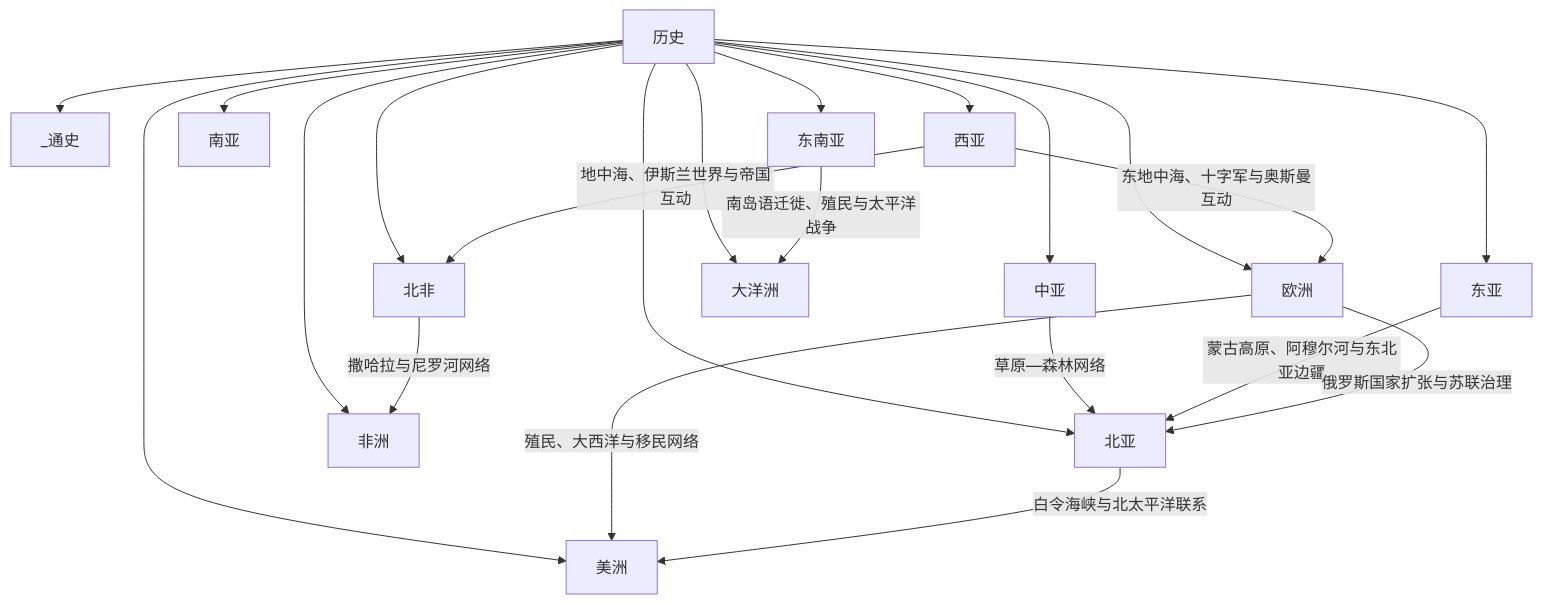
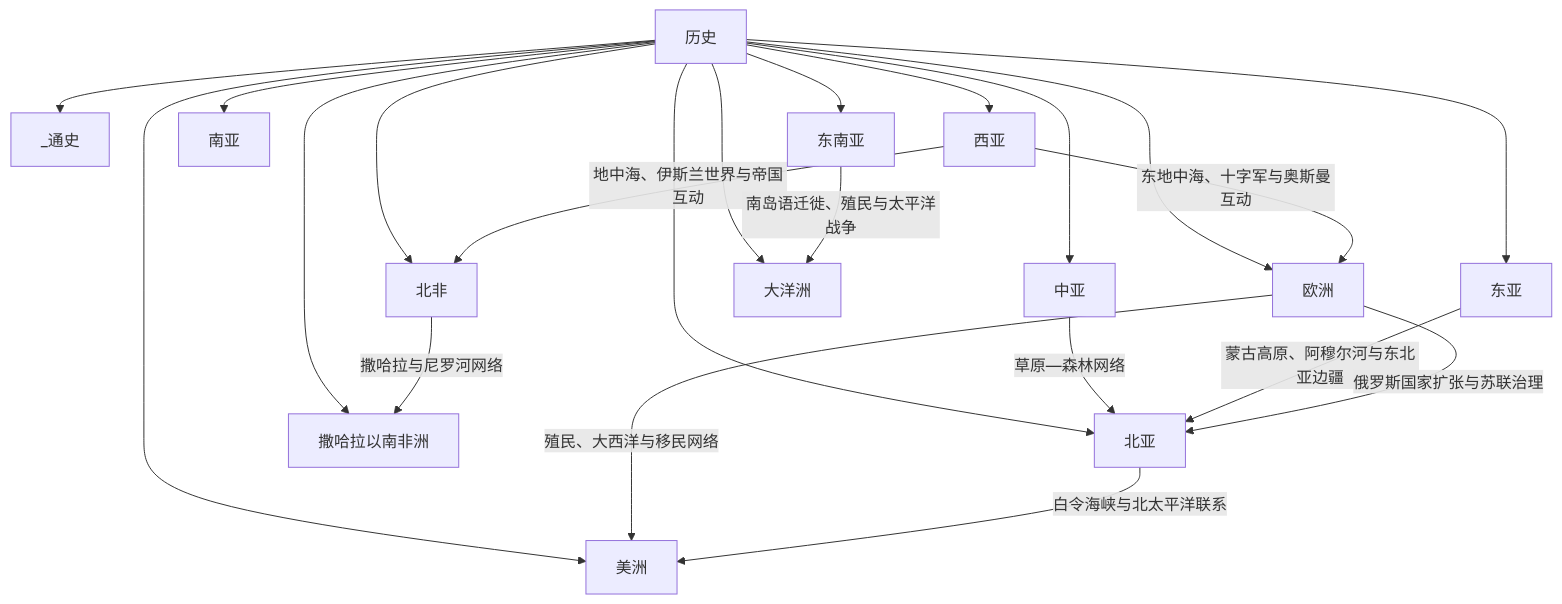
Before and after one commit to tianlan-dev/learning-notes: the diagram in 人文科学/历史/README.md, drawn with Mermaid. The commit also changed other lines of this file and 180 other files, not shown here.

````diff
--- a/人文科学/历史/README.md
+++ b/人文科学/历史/README.md
@@ -15,25 +15,25 @@
 ```mermaid
 flowchart TD
     World["历史"] --> General["_通史"]
     World --> EastAsia["东亚"]
     World --> SoutheastAsia["东南亚"]
     World --> SouthAsia["南亚"]
     World --> CentralAsia["中亚"]
     World --> NorthAsia["北亚"]
     World --> WestAsia["西亚"]
     World --> NorthAfrica["北非"]
     World --> Europe["欧洲"]
-    World --> Africa["非洲"]
+    World --> Africa["撒哈拉以南非洲"]
     World --> Americas["美洲"]
     World --> Oceania["大洋洲"]
 
     WestAsia -->|地中海、伊斯兰世界与帝国互动| NorthAfrica
     WestAsia -->|东地中海、十字军与奥斯曼互动| Europe
     NorthAfrica -->|撒哈拉与尼罗河网络| Africa
     Europe -->|殖民、大西洋与移民网络| Americas
     SoutheastAsia -->|南岛语迁徙、殖民与太平洋战争| Oceania
     CentralAsia -->|草原—森林网络| NorthAsia
     EastAsia -->|蒙古高原、阿穆尔河与东北亚边疆| NorthAsia
     Europe -->|俄罗斯国家扩张与苏联治理| NorthAsia
     NorthAsia -->|白令海峡与北太平洋联系| Americas
 ```
````
